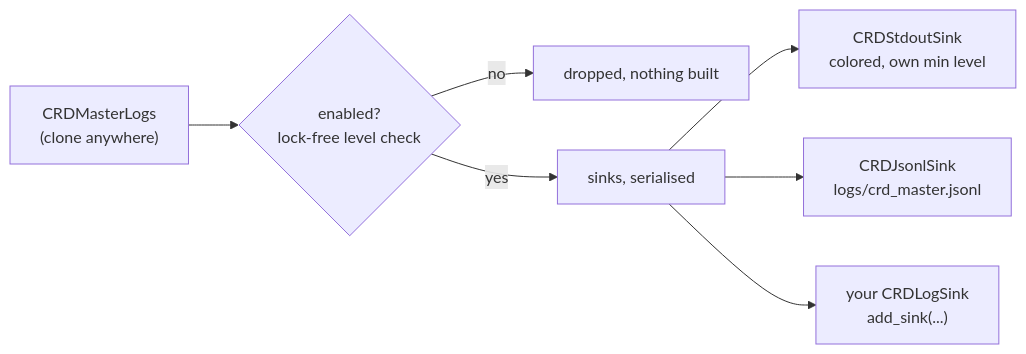
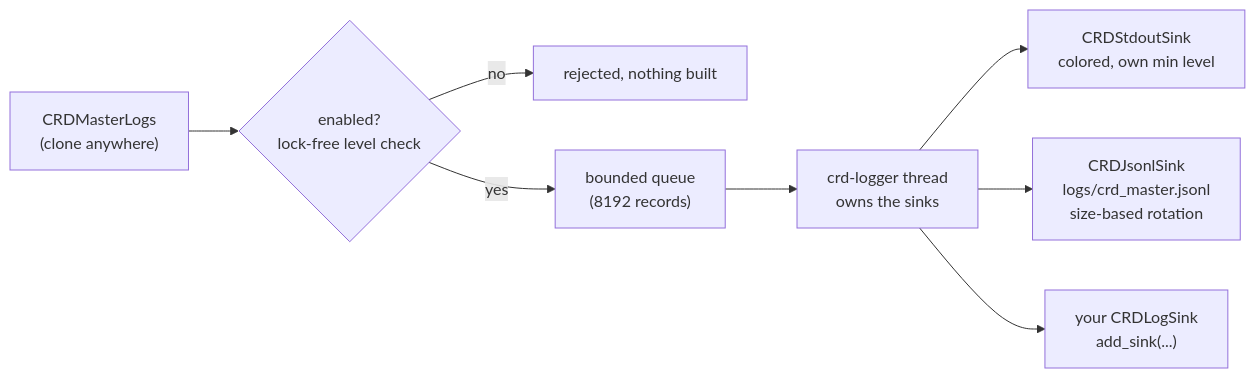
One commit to c-stxrm/CRDmultithread changed the fifth of 5 diagrams in readme.md. Above: the diagram before and after it, drawn with Mermaid. The commit also changed other lines of this file and 7 other files, not shown here.

First line of the commit message:
Move logging to a dedicated logger thread (fixes #1)

````diff
--- a/readme.md
+++ b/readme.md
@@ -299,9 +304,10 @@
 ```mermaid
 flowchart LR
     C["CRDMasterLogs<br/>(clone anywhere)"] --> F{"enabled?<br/>lock-free level check"}
-    F -- no --> X["dropped, nothing built"]
-    F -- yes --> S["sinks, serialised"]
-    S --> O["CRDStdoutSink<br/>colored, own min level"]
-    S --> J["CRDJsonlSink<br/>logs/crd_master.jsonl"]
-    S --> N["your CRDLogSink<br/>add_sink(...)"]
+    F -- no --> X["rejected, nothing built"]
+    F -- yes --> Q["bounded queue<br/>(8192 records)"]
+    Q --> L["crd-logger thread<br/>owns the sinks"]
+    L --> O["CRDStdoutSink<br/>colored, own min level"]
+    L --> J["CRDJsonlSink<br/>logs/crd_master.jsonl<br/>size-based rotation"]
+    L --> N["your CRDLogSink<br/>add_sink(...)"]
 ```
````
